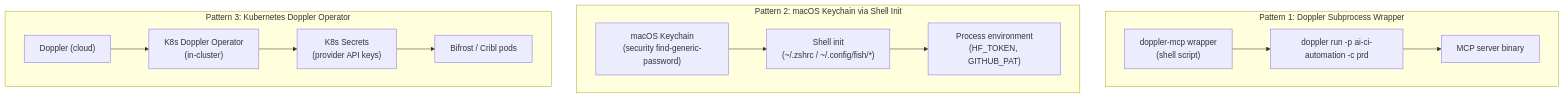
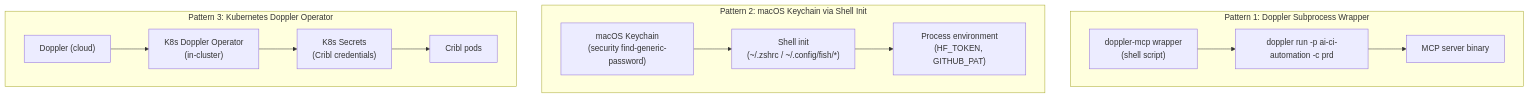
One commit to dryvist/nix-ai changed the diagram in docs/architecture/secrets-and-injection.md. Above: the diagram before and after it, drawn with Mermaid. The commit also changed other lines of this file and 18 other files, not shown here.

````diff
--- a/docs/architecture/secrets-and-injection.md
+++ b/docs/architecture/secrets-and-injection.md
@@ -20,24 +20,24 @@
 ```mermaid
 graph TD
     subgraph P1["Pattern 1: Doppler Subprocess Wrapper"]
         DM["doppler-mcp wrapper\n(shell script)"]
         DP["doppler run -p ai-ci-automation -c prd"]
         BIN["MCP server binary"]
         DM --> DP --> BIN
     end
 
     subgraph P2["Pattern 2: macOS Keychain via Shell Init"]
         KCH["macOS Keychain\n(security find-generic-password)"]
         SH["Shell init\n(~/.zshrc / ~/.config/fish/*)"]
         ENV["Process environment\n(HF_TOKEN, GITHUB_PAT)"]
         KCH --> SH --> ENV
     end
 
     subgraph P3["Pattern 3: Kubernetes Doppler Operator"]
         DOP["Doppler (cloud)"]
         K8S["K8s Doppler Operator\n(in-cluster)"]
-        SEC["K8s Secrets\n(provider API keys)"]
-        POD["Bifrost / Cribl pods"]
+        SEC["K8s Secrets\n(Cribl credentials)"]
+        POD["Cribl pods"]
         DOP --> K8S --> SEC --> POD
     end
 ```
````
